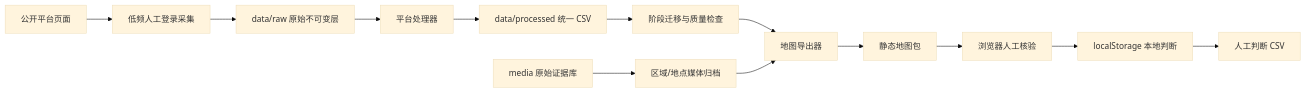
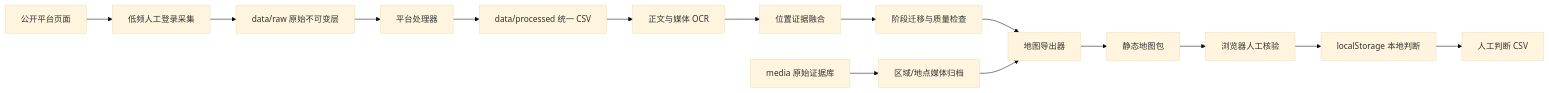
One commit to TalentHou-1998/east-lake-aquatic-phenology changed the first of 2 diagrams in docs/system_design.md. Above: the diagram before and after it, drawn with Mermaid (base theme). The commit also changed other lines of this file and 22 other files, not shown here.

````diff
--- a/docs/system_design.md
+++ b/docs/system_design.md
@@ -28,15 +28,17 @@
 ```mermaid
 flowchart LR
     A[公开平台页面] --> B[低频人工登录采集]
     B --> C[data/raw 原始不可变层]
     C --> D[平台处理器]
     D --> E[data/processed 统一 CSV]
-    E --> F[阶段迁移与质量检查]
+    E --> O[正文与媒体 OCR]
+    O --> P[位置证据融合]
+    P --> F[阶段迁移与质量检查]
     F --> G[地图导出器]
     H[media 原始证据库] --> M[区域/地点媒体归档]
     M --> G
     G --> I[静态地图包]
     I --> J[浏览器人工核验]
     J --> K[localStorage 本地判断]
     K --> L[人工判断 CSV]
 ```
````
